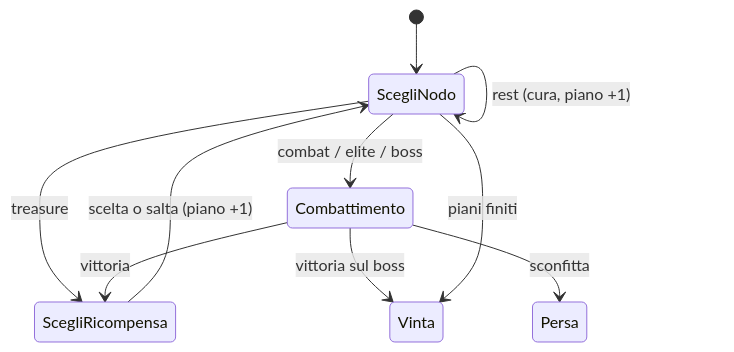
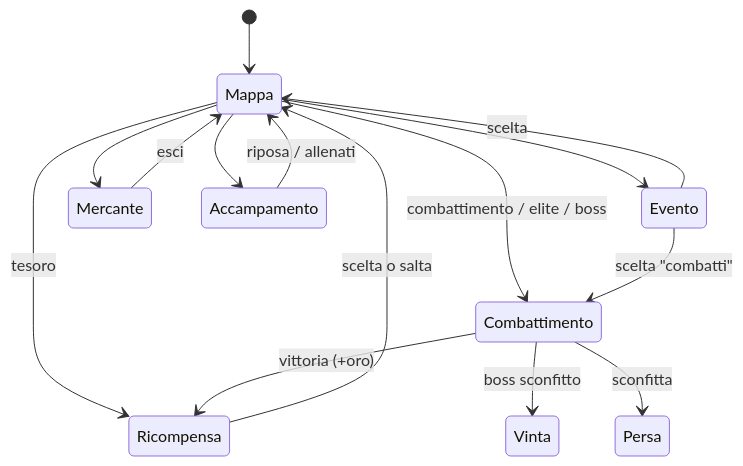
The third of 4 diagrams in docs/GUIDA.md (palazz94/hello-world-ios), drawn with Mermaid before and after one commit. The commit also changed other lines of this file and 28 other files, not shown here.

````diff
--- a/docs/GUIDA.md
+++ b/docs/GUIDA.md
@@ -394,12 +328,17 @@
 ```mermaid
 stateDiagram-v2
-    [*] --> ScegliNodo
-    ScegliNodo --> Combattimento: combat / elite / boss
-    ScegliNodo --> ScegliRicompensa: treasure
-    ScegliNodo --> ScegliNodo: rest (cura, piano +1)
-    Combattimento --> ScegliRicompensa: vittoria
-    Combattimento --> Vinta: vittoria sul boss
+    [*] --> Mappa
+    Mappa --> Combattimento: combattimento / elite / boss
+    Mappa --> Evento
+    Mappa --> Mercante
+    Mappa --> Accampamento
+    Mappa --> Ricompensa: tesoro
+    Evento --> Mappa: scelta
+    Evento --> Combattimento: scelta "combatti"
+    Mercante --> Mappa: esci
+    Accampamento --> Mappa: riposa / allenati
+    Combattimento --> Ricompensa: vittoria (+oro)
+    Combattimento --> Vinta: boss sconfitto
     Combattimento --> Persa: sconfitta
-    ScegliRicompensa --> ScegliNodo: scelta o salta (piano +1)
-    ScegliNodo --> Vinta: piani finiti
+    Ricompensa --> Mappa: scelta o salta
 ```
````
